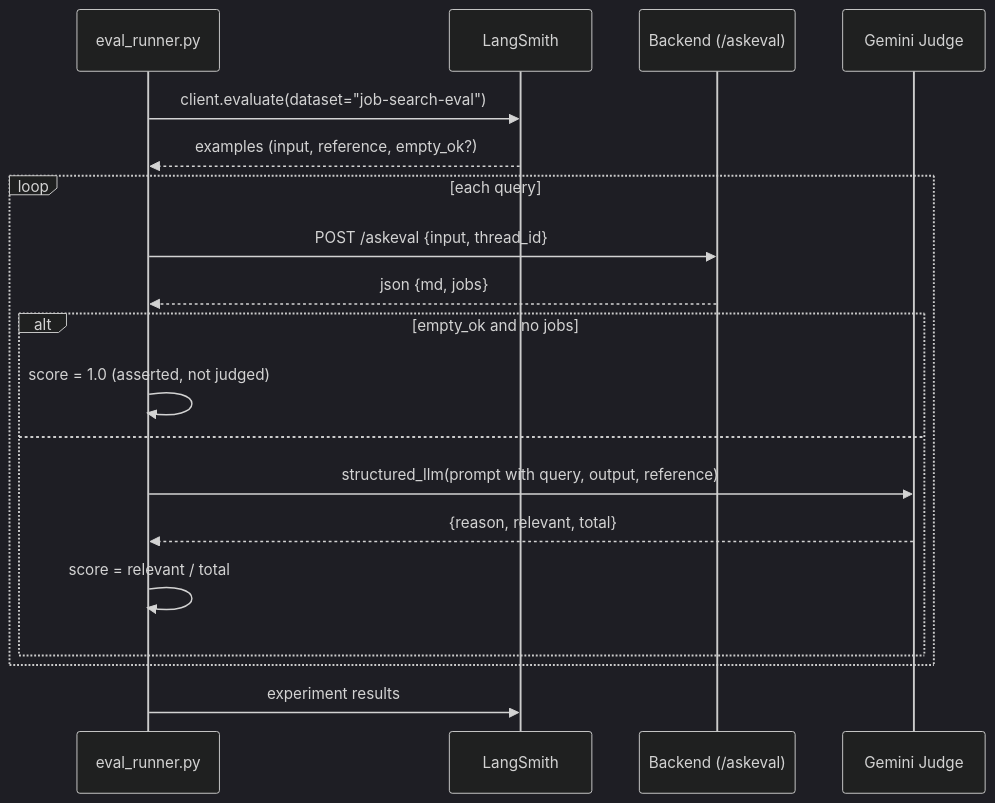
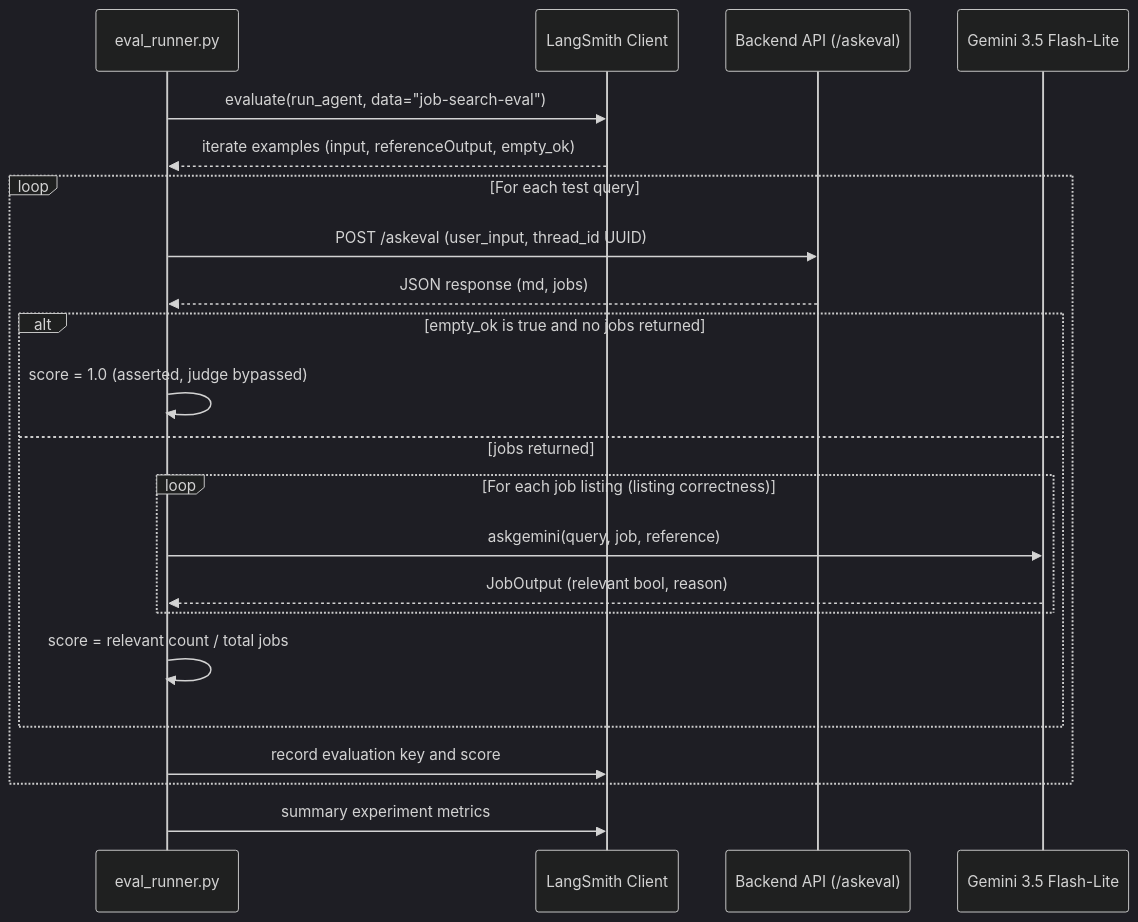
The diagram in openwiki/evals/langsmith-eval.md (tsouk88/job-search-agent), drawn with Mermaid (dark theme) before and after one commit. The commit also changed other lines of this file and 12 other files, not shown here.

First line of the commit message:
docs: replace 13 OpenWiki pages with the 3.8 Flash output

````diff
--- a/openwiki/evals/langsmith-eval.md
+++ b/openwiki/evals/langsmith-eval.md
@@ -23,22 +96,25 @@
 ```mermaid
 sequenceDiagram
     participant E as eval_runner.py
-    participant LS as LangSmith
-    participant B as Backend (/askeval)
-    participant J as Gemini Judge
+    participant LS as LangSmith Client
+    participant B as Backend API (/askeval)
+    participant J as Gemini 3.5 Flash-Lite
 
-    E->>LS: client.evaluate(dataset="job-search-eval")
-    LS-->>E: examples (input, reference, empty_ok?)
-    loop each query
-        E->>B: POST /askeval {input, thread_id}
-        B-->>E: json {md, jobs}
-        alt empty_ok and no jobs
-            E->>E: score = 1.0 (asserted, not judged)
-        else
-            E->>J: structured_llm(prompt with query, output, reference)
-            J-->>E: {reason, relevant, total}
-            E->>E: score = relevant / total
+    E->>LS: evaluate(run_agent, data="job-search-eval")
+    LS-->>E: iterate examples (input, referenceOutput, empty_ok)
+    loop For each test query
+        E->>B: POST /askeval (user_input, thread_id UUID)
+        B-->>E: JSON response (md, jobs)
+        alt empty_ok is true and no jobs returned
+            E->>E: score = 1.0 (asserted, judge bypassed)
+        else jobs returned
+            loop For each job listing (listing correctness)
+                E->>J: askgemini(query, job, reference)
+                J-->>E: JobOutput (relevant bool, reason)
+            end
+            E->>E: score = relevant count / total jobs
         end
+        E->>LS: record evaluation key and score
     end
-    E->>LS: experiment results
+    E->>LS: summary experiment metrics
 ```
````
